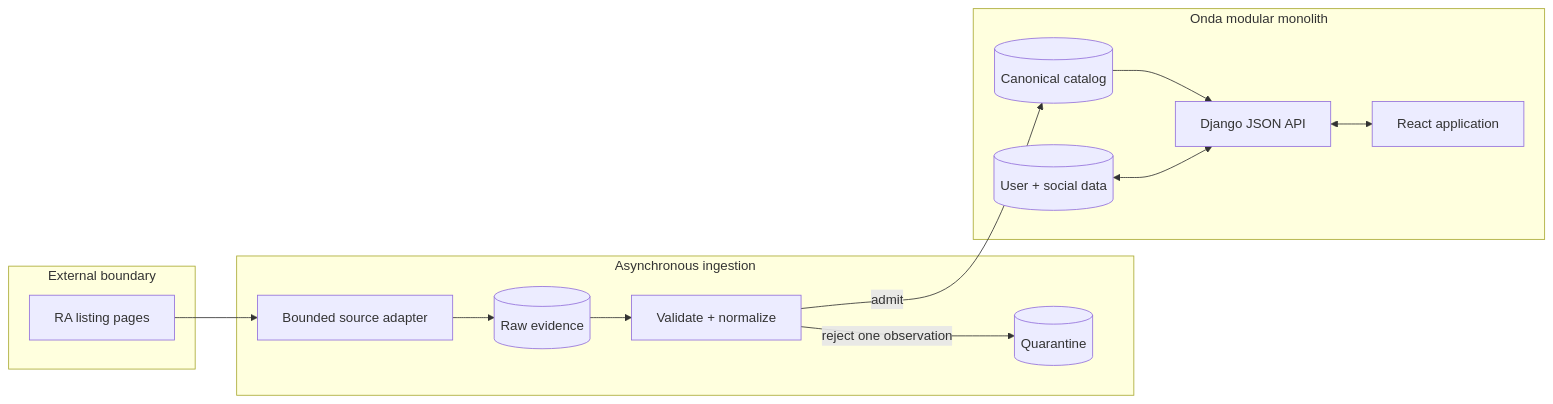
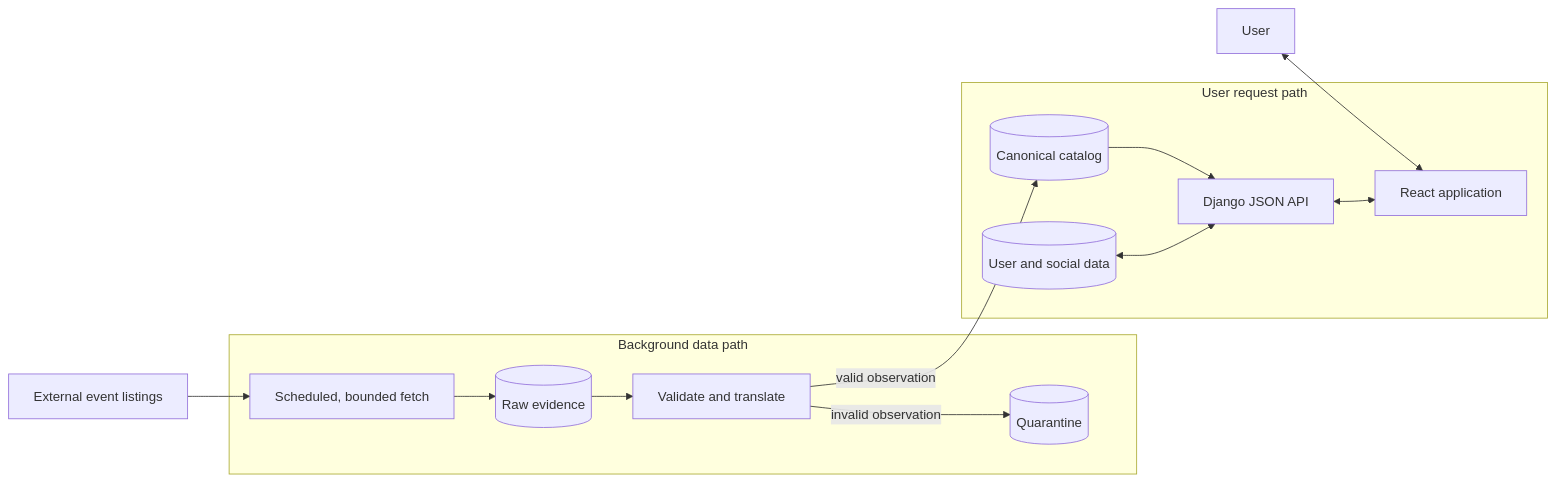
Before and after one commit to tanbaydar/onda: the first of 5 diagrams in README.md, drawn with Mermaid. The commit also changed other lines of this file and 4 other files, not shown here.

````diff
--- a/README.md
+++ b/README.md
@@ -28,27 +25,26 @@
 ```mermaid
 flowchart LR
-    subgraph Source[External boundary]
-        RA[RA listing pages]
-    end
+    Source[External event listings]
 
-    subgraph Ingestion[Asynchronous ingestion]
-        Client[Bounded source adapter]
-        Raw[(Raw evidence)]
-        Transform[Validate + normalize]
+    subgraph Background[Background data path]
+        Fetch[Scheduled, bounded fetch]
+        Evidence[(Raw evidence)]
+        Boundary[Validate and translate]
         Reject[(Quarantine)]
     end
 
-    subgraph Product[Onda modular monolith]
+    subgraph Product[User request path]
         Catalog[(Canonical catalog)]
+        Social[(User and social data)]
         API[Django JSON API]
-        Social[(User + social data)]
         UI[React application]
     end
 
-    RA --> Client --> Raw --> Transform
-    Transform -->|admit| Catalog
-    Transform -->|reject one observation| Reject
+    User[User] <--> UI
+    Source --> Fetch --> Evidence --> Boundary
+    Boundary -->|valid observation| Catalog
+    Boundary -->|invalid observation| Reject
     Catalog --> API
     Social <--> API
     API <--> UI
 ```
````
